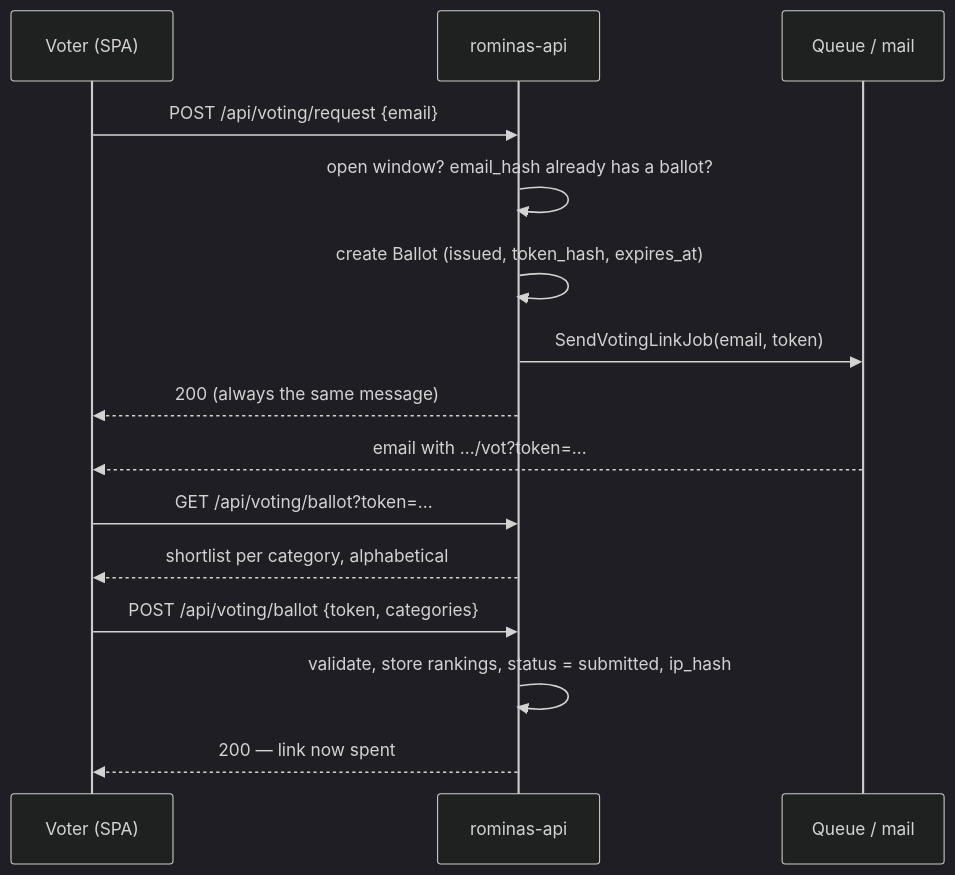
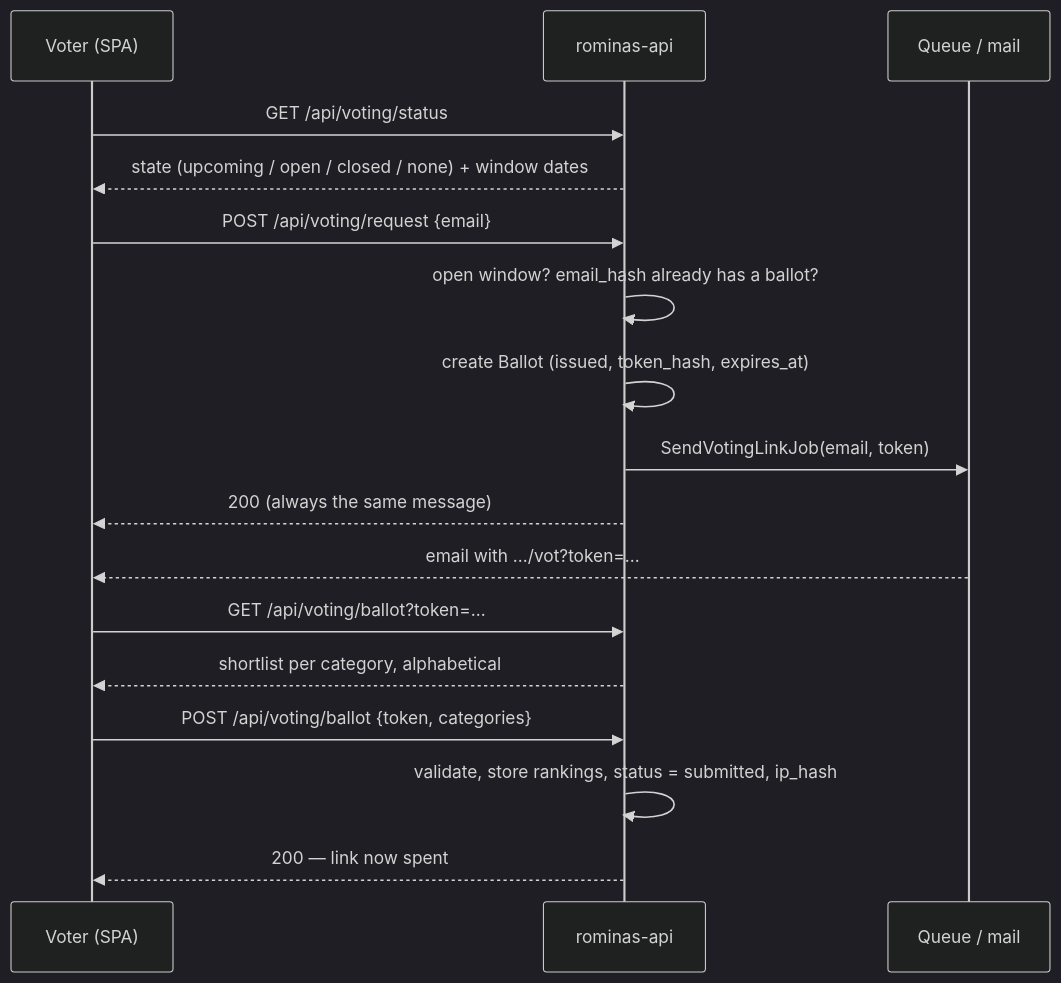
Before and after one commit to soma-labs/rominas-api: the diagram in docs/voting.md, drawn with Mermaid (dark theme). The commit also changed other lines of this file and 9 other files, not shown here.

First line of the commit message:
Add a public voting-status endpoint

````diff
--- a/docs/voting.md
+++ b/docs/voting.md
@@ -11,18 +11,20 @@
 ```mermaid
 sequenceDiagram
     participant V as Voter (SPA)
     participant API as rominas-api
     participant Q as Queue / mail
 
+    V->>API: GET /api/voting/status
+    API-->>V: state (upcoming / open / closed / none) + window dates
     V->>API: POST /api/voting/request {email}
     API->>API: open window? email_hash already has a ballot?
     API->>API: create Ballot (issued, token_hash, expires_at)
     API->>Q: SendVotingLinkJob(email, token)
     API-->>V: 200 (always the same message)
     Q-->>V: email with …/vot?token=…
     V->>API: GET /api/voting/ballot?token=…
     API-->>V: shortlist per category, alphabetical
     V->>API: POST /api/voting/ballot {token, categories}
     API->>API: validate, store rankings, status = submitted, ip_hash
     API-->>V: 200 — link now spent
 ```
````
